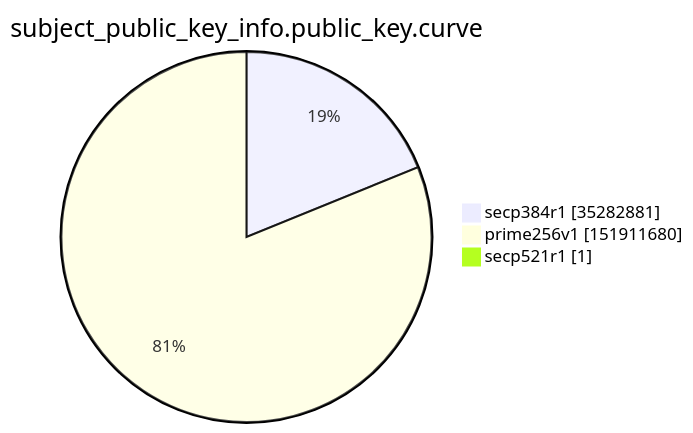
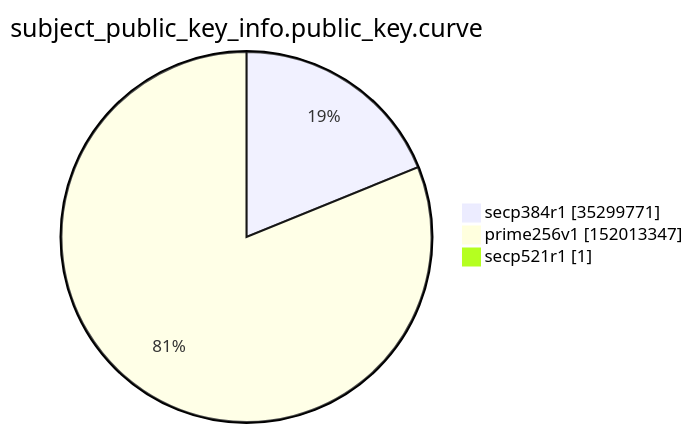
Before and after one commit to christiankrug/ctmonitor_visualization: the ninth of 15 diagrams in argon2022/README.md, drawn with Mermaid. The commit also changed other lines of this file, not shown here.

````diff
--- a/argon2022/README.md
+++ b/argon2022/README.md
@@ -2765,7 +2765,7 @@
 ```mermaid
 pie showData
 title subject_public_key_info.public_key.curve
-"secp384r1" :35282881
-"prime256v1" :151911680
+"secp384r1" :35299771
+"prime256v1" :152013347
 "secp521r1" :1
 ```
````
